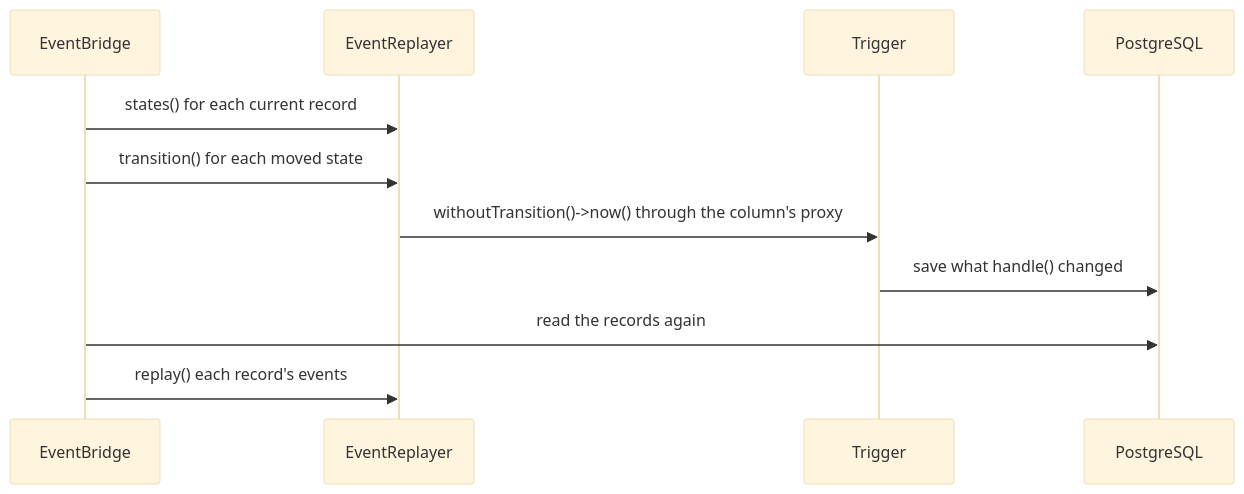
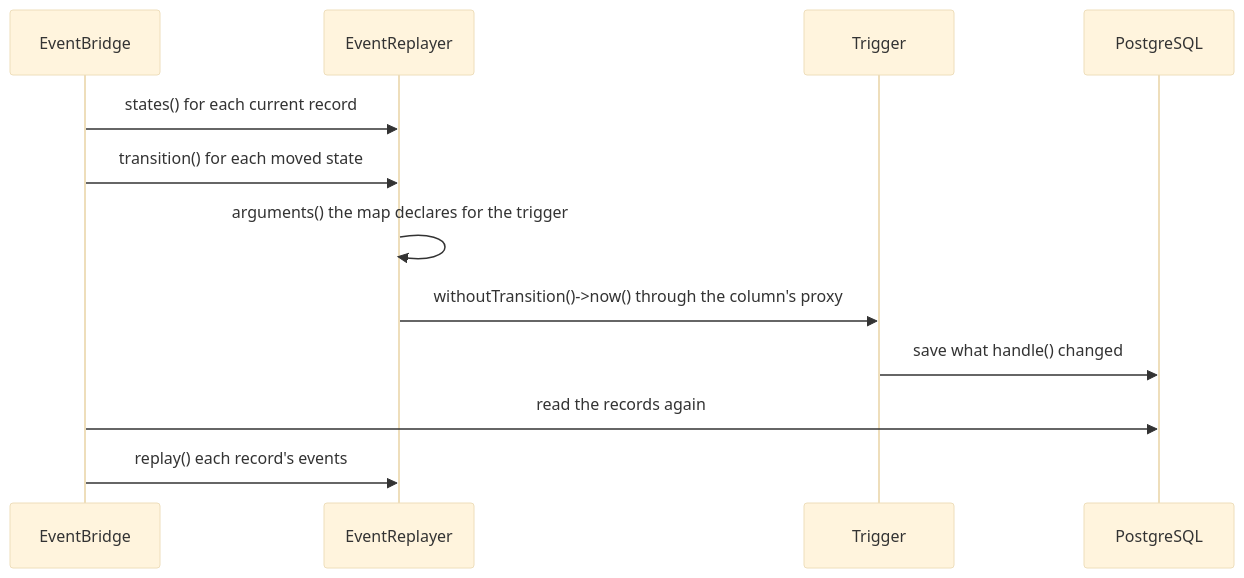
One commit to AryeoHQ/eloquent-compatibility changed the diagram in docs/flows/replaying-a-transition.md. Above: the diagram before and after it, drawn with Mermaid (base theme). The commit also changed other lines of this file and 32 other files, not shown here.

First line of the commit message:
feat(mapping): build a state change's trigger arguments from the write

````diff
--- a/docs/flows/replaying-a-transition.md
+++ b/docs/flows/replaying-a-transition.md
@@ -7,13 +7,14 @@
 ```mermaid
 sequenceDiagram
   participant Bridge as EventBridge
   participant Replayer as EventReplayer
   participant Trigger
   participant Database as PostgreSQL
   Bridge->>Replayer: states() for each current record
   Bridge->>Replayer: transition() for each moved state
+  Replayer->>Replayer: arguments() the map declares for the trigger
   Replayer->>Trigger: withoutTransition()->now() through the column's proxy
   Trigger->>Database: save what handle() changed
   Bridge->>Database: read the records again
   Bridge->>Replayer: replay() each record's events
 ```
````
